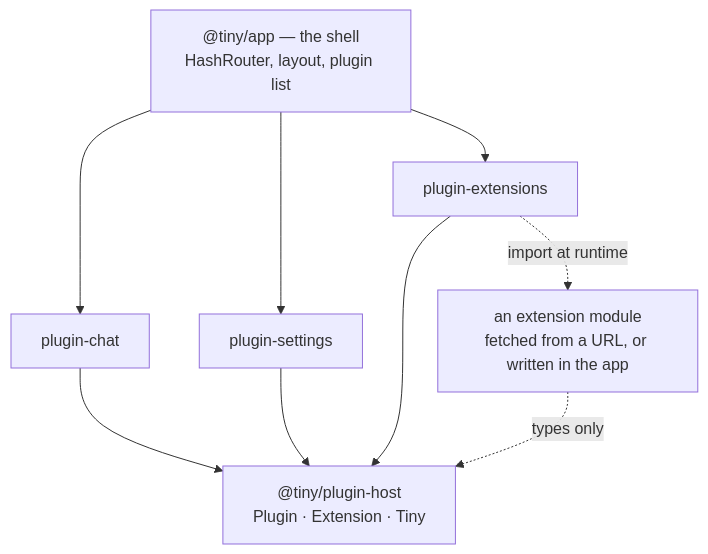
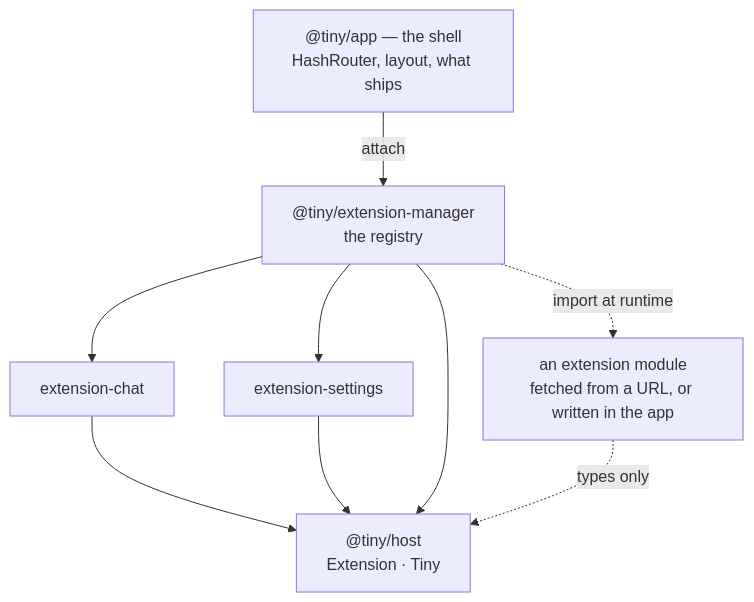
The diagram in docs/docs/index.mdx (kucukkanat/tiny), drawn with Mermaid before and after one commit. The commit also changed other lines of this file and 133 other files, not shown here.

````diff
--- a/docs/docs/index.mdx
+++ b/docs/docs/index.mdx
@@ -28,18 +27,18 @@
 ```mermaid
 flowchart TD
-  shell["@tiny/app — the shell<br/>HashRouter, layout, plugin list"]
-  host["@tiny/plugin-host<br/>Plugin · Extension · Tiny"]
-  chat["plugin-chat"]
-  settings["plugin-settings"]
-  exts["plugin-extensions"]
+  shell["@tiny/app — the shell<br/>HashRouter, layout, what ships"]
+  host["@tiny/host<br/>Extension · Tiny"]
+  reg["@tiny/extension-manager<br/>the registry"]
+  chat["extension-chat"]
+  settings["extension-settings"]
   mod["an extension module<br/>fetched from a URL, or written in the app"]
 
-  shell --> chat
-  shell --> settings
-  shell --> exts
-  exts -.->|import at runtime| mod
+  shell -->|attach| reg
+  reg --> chat
+  reg --> settings
+  reg -.->|import at runtime| mod
   chat --> host
   settings --> host
-  exts --> host
+  reg --> host
   mod -.->|types only| host
 ```
````
